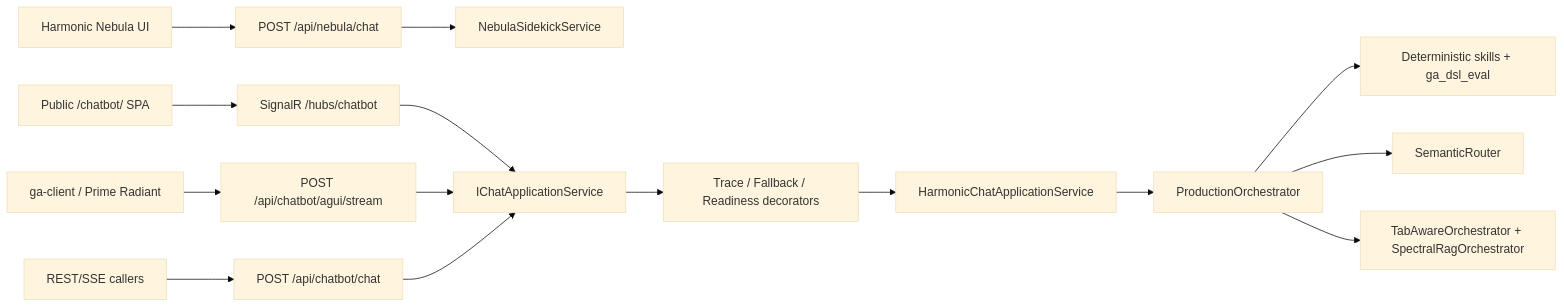
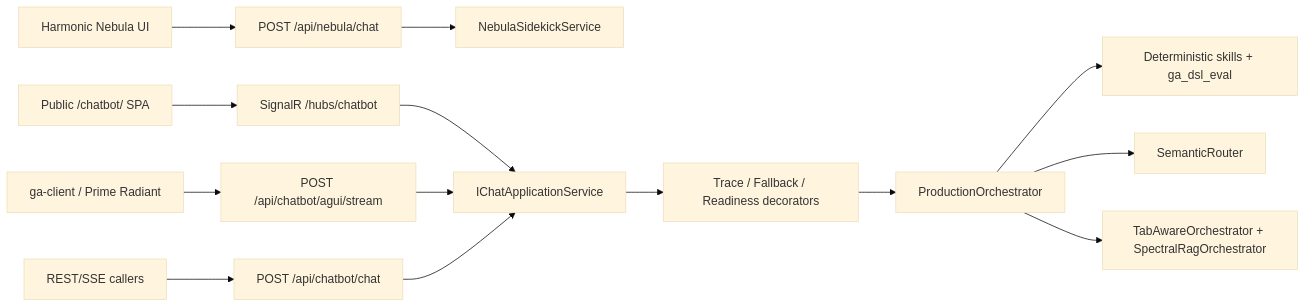
The diagram in docs/architecture/chatbot-overview.md (GuitarAlchemist/ga), drawn with Mermaid (base theme) before and after one commit. The commit also changed other lines of this file and 7 other files, not shown here.

````diff
--- a/docs/architecture/chatbot-overview.md
+++ b/docs/architecture/chatbot-overview.md
@@ -41,19 +41,18 @@
 ```mermaid
 flowchart LR
   nebula[Harmonic Nebula UI] --> nebulaApi[POST /api/nebula/chat]
   publicDemo[Public /chatbot/ SPA] --> hub[SignalR /hubs/chatbot]
   agui[ga-client / Prime Radiant] --> aguiApi[POST /api/chatbot/agui/stream]
   rest[REST/SSE callers] --> restApi[POST /api/chatbot/chat]
 
   nebulaApi --> nebulaSvc[NebulaSidekickService]
   hub --> appSvc[IChatApplicationService]
   aguiApi --> appSvc
   restApi --> appSvc
 
   appSvc --> decorators[Trace / Fallback / Readiness decorators]
-  decorators --> harmonic[HarmonicChatApplicationService]
-  harmonic --> orchestrator[ProductionOrchestrator]
+  decorators --> orchestrator[ProductionOrchestrator]
   orchestrator --> skills[Deterministic skills + ga_dsl_eval]
   orchestrator --> router[SemanticRouter]
   orchestrator --> rag[TabAwareOrchestrator + SpectralRagOrchestrator]
 ```
````
